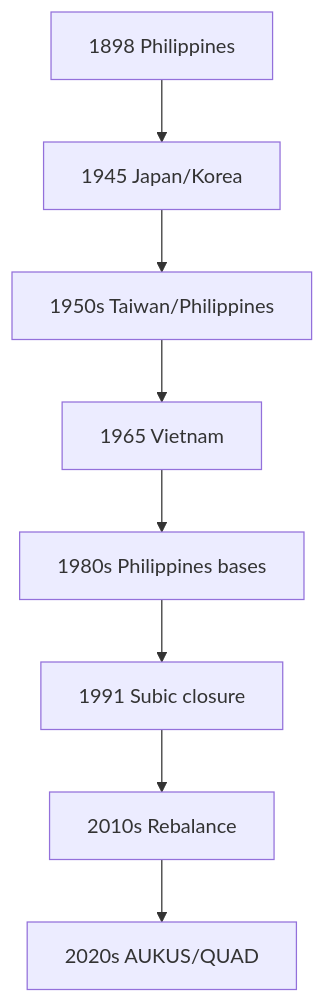
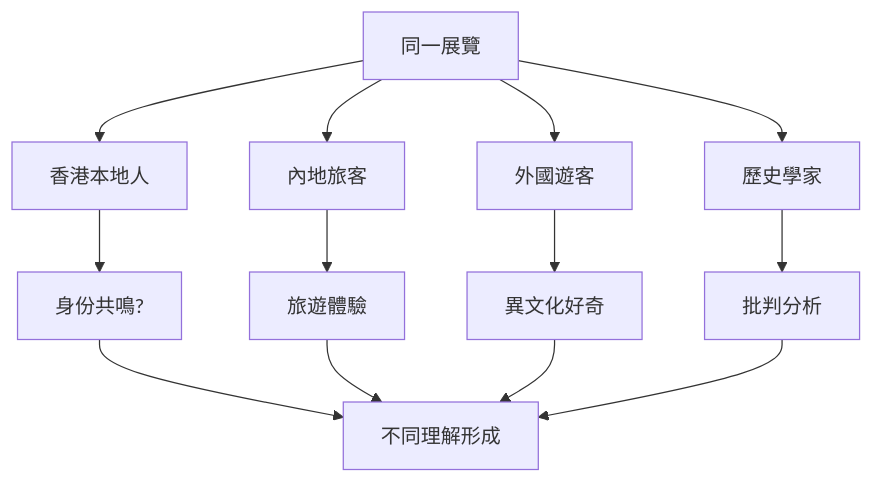
One commit to yip-lgtm/HKU-Harvard-History-Self-Study changed the tenth of 10 diagrams in 01_HKU_Courses/HIST4033_Museum_and_History.md. Above: the diagram before and after it, drawn with Mermaid. The commit also changed other lines of this file and 65 other files, not shown here.

````diff
--- a/01_HKU_Courses/HIST4033_Museum_and_History.md
+++ b/01_HKU_Courses/HIST4033_Museum_and_History.md
@@ -408,10 +385,15 @@
 ```mermaid
-graph TD
-    A[1898 Philippines] --> B[1945 Japan/Korea]
-    B --> C[1950s Taiwan/Philippines]
-    C --> D[1965 Vietnam]
-    D --> E[1980s Philippines bases]
-    E --> F[1991 Subic closure]
-    F --> G[2010s Rebalance]
-    G --> H[2020s AUKUS/QUAD]
+flowchart TD
+    A[同一展覽] --> B[香港本地人]
+    A --> C[內地旅客]
+    A --> D[外國遊客]
+    A --> E[歷史學家]
+    B --> F[身份共鳴?]
+    C --> G[旅遊體驗]
+    D --> H[異文化好奇]
+    E --> I[批判分析]
+    F --> J[不同理解形成]
+    G --> J
+    H --> J
+    I --> J
 ```
````
